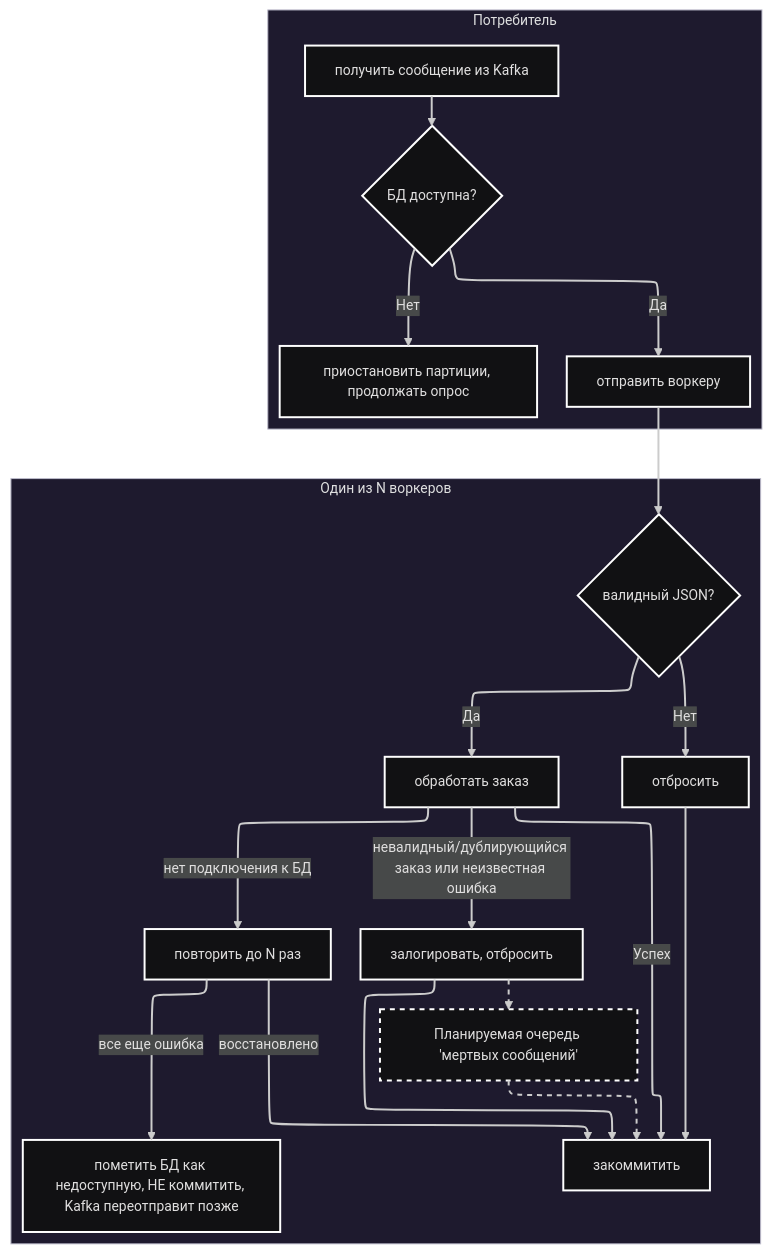
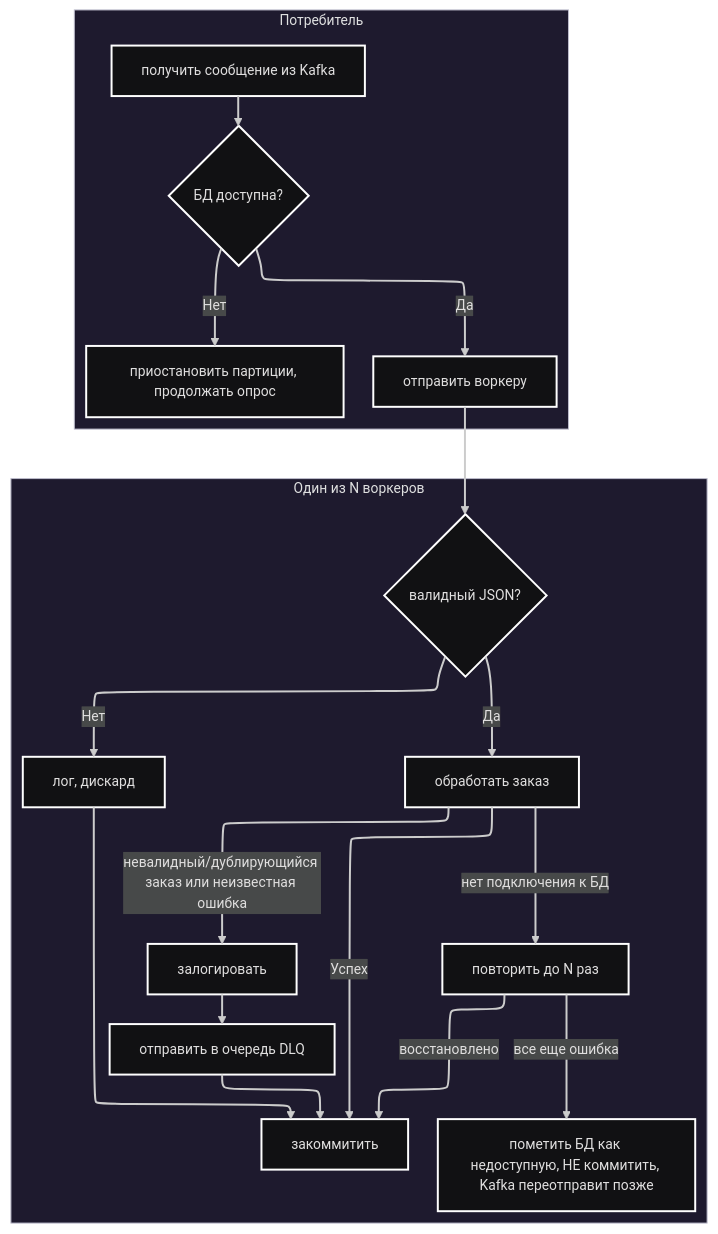
One commit to goinginblind/l0-task changed the diagram in docs/ru/consumer.ru.md. Above: the diagram before and after it, drawn with Mermaid. The commit also changed other lines of this file and 3 other files, not shown here.

````diff
--- a/docs/ru/consumer.ru.md
+++ b/docs/ru/consumer.ru.md
@@ -3,42 +3,39 @@
 ```mermaid
 ---
 config:
   layout: elk
   theme: redux-dark
 ---
 flowchart TD
  subgraph Consumer["Потребитель"]
         B{"БД доступна?"}
         A["получить сообщение из Kafka"]
         C["приостановить партиции, продолжать опрос"]
         D["отправить воркеру"]
   end
  subgraph subGraph1["Один из N воркеров"]
         E{"валидный JSON?"}
-        F["отбросить"]
+        F["лог, дискард"]
         G["обработать заказ"]
-        I["залогировать, отбросить"]
-        Z["Планируемая очередь 'мертвых сообщений'"]
+        I["залогировать"]
+        Z["отправить в очередь DLQ"]
         H["закоммитить"]
         K["повторить до N раз"]
         M["пометить БД как недоступную, НЕ коммитить, Kafka переотправит позже"]
   end
     A --> B
     B -- Нет --> C
     B -- Да --> D
     D --> E
     E -- Нет --> F
     E -- Да --> G
-    I --> Z & H
+    I --> Z
     Z --> H
     F --> H
     G -- невалидный/дублирующийся заказ или неизвестная ошибка --> I
     G -- Успех --> H
     G -- нет подключения к БД --> K
     K -- восстановлено --> H
     K -- все еще ошибка --> M
-    style Z stroke-dasharray: 5 5
-    linkStyle 6 stroke-dasharray: 5 5,fill:none
-    linkStyle 8 stroke-dasharray: 5 5,fill:none
 
 ```
````
